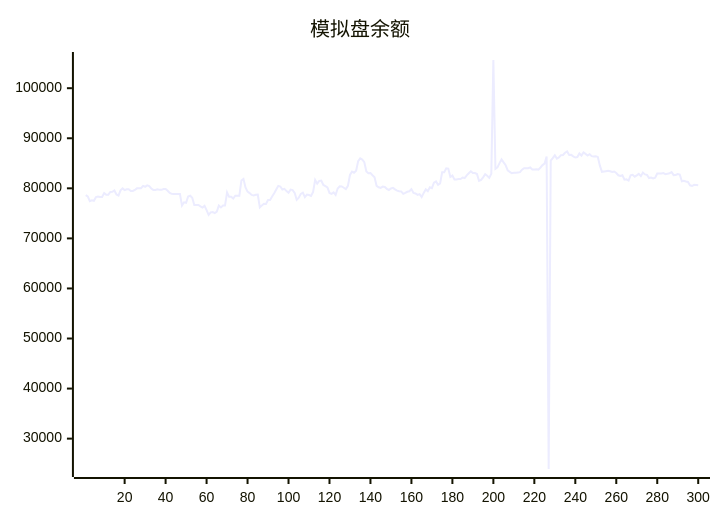
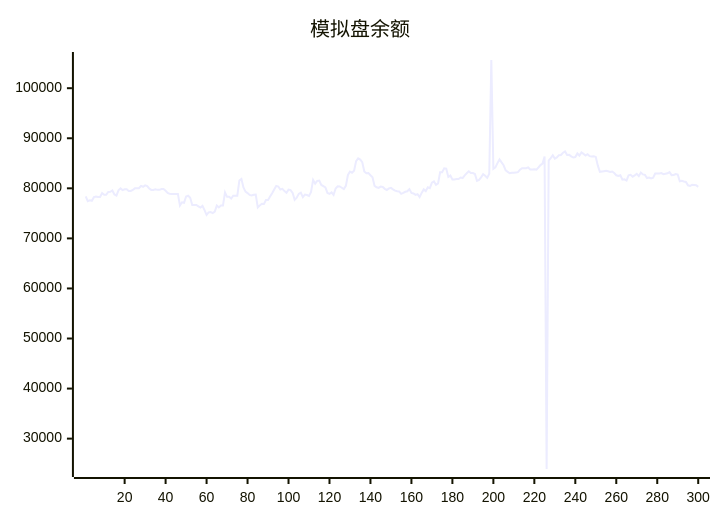
Before and after one commit to aahl/ai-trading: the diagram in README.md, drawn with Mermaid. The commit also changed other lines of this file and 1 other file, not shown here.

````diff
--- a/README.md
+++ b/README.md
@@ -5,5 +5,5 @@
 ```mermaid
 xychart
     title "模拟盘余额"
-    line [78643,78380,77432,77623,77504,78235,78358,78284,78277,79048,78714,78714,79290,79308,79567,78763,78563,79603,79988,79652,79813,79813,79476,79469,79673,79995,80015,80015,80486,80314,80600,80436,79966,79689,79689,79819,79692,79692,79850,79850,79518,79071,78889,78850,78850,78878,78878,76554,77202,77103,78357,78510,78106,76678,76677,76672,76411,76159,76485,75656,74695,75197,75246,75052,75334,76564,76179,76553,76551,79196,78300,78300,77944,78531,78531,78521,81564,81884,80160,79335,79055,78675,78580,78708,78764,76179,76586,76902,76876,77658,77669,78346,79023,79769,80497,80366,79761,79896,79448,79126,79749,79658,79097,77695,78114,78888,79126,78249,78738,78653,78478,79271,81680,80923,81488,81527,80681,80455,80190,79084,78879,79193,78686,79954,80403,80374,80118,79848,80491,82665,83351,83098,83525,85430,85983,85737,85221,83378,83014,83043,82613,82216,80477,80208,80081,80348,80277,79894,79670,79965,80093,79786,79542,79406,79371,78893,79087,79304,79406,79841,79072,78978,78696,78846,78272,79085,79787,79442,80198,80031,81120,81379,80718,80985,83214,83212,83993,83921,82270,82547,81776,81776,81866,81866,82158,82061,82596,83000,83408,83041,83050,82858,81503,81691,82188,82812,82517,82092,82901,105633,83898,84180,85030,85781,85178,84604,83569,83298,83008,83093,83107,83175,83228,83729,84025,84017,84019,84177,83775,83762,83785,83738,84160,84639,84939,86370,23934,85548,86046,86599,85942,86161,86622,86664,87115,87369,86666,86685,86384,86152,86243,86969,86548,87164,86885,86566,86809,86427,86348,86417,86273,84538,83299,83369,83430,83490,83404,83270,83362,83056,82605,82459,82614,81734,81788,81551,82598,82702,82320,82580,82878,82426,83139,82778,82686,82056,82166,81963,82110,82951,82983,82984,83038,82838,82915,82998,83235,82642,82682,82858,82746,81396,81512,81362,81277,80600,80461,80699,80673,80616]
+    line [78380,77432,77623,77504,78235,78358,78284,78277,79048,78714,78714,79290,79308,79567,78763,78563,79603,79988,79652,79813,79813,79476,79469,79673,79995,80015,80015,80486,80314,80600,80436,79966,79689,79689,79819,79692,79692,79850,79850,79518,79071,78889,78850,78850,78878,78878,76554,77202,77103,78357,78510,78106,76678,76677,76672,76411,76159,76485,75656,74695,75197,75246,75052,75334,76564,76179,76553,76551,79196,78300,78300,77944,78531,78531,78521,81564,81884,80160,79335,79055,78675,78580,78708,78764,76179,76586,76902,76876,77658,77669,78346,79023,79769,80497,80366,79761,79896,79448,79126,79749,79658,79097,77695,78114,78888,79126,78249,78738,78653,78478,79271,81680,80923,81488,81527,80681,80455,80190,79084,78879,79193,78686,79954,80403,80374,80118,79848,80491,82665,83351,83098,83525,85430,85983,85737,85221,83378,83014,83043,82613,82216,80477,80208,80081,80348,80277,79894,79670,79965,80093,79786,79542,79406,79371,78893,79087,79304,79406,79841,79072,78978,78696,78846,78272,79085,79787,79442,80198,80031,81120,81379,80718,80985,83214,83212,83993,83921,82270,82547,81776,81776,81866,81866,82158,82061,82596,83000,83408,83041,83050,82858,81503,81691,82188,82812,82517,82092,82901,105633,83898,84180,85030,85781,85178,84604,83569,83298,83008,83093,83107,83175,83228,83729,84025,84017,84019,84177,83775,83762,83785,83738,84160,84639,84939,86370,23934,85548,86046,86599,85942,86161,86622,86664,87115,87369,86666,86685,86384,86152,86243,86969,86548,87164,86885,86566,86809,86427,86348,86417,86273,84538,83299,83369,83430,83490,83404,83270,83362,83056,82605,82459,82614,81734,81788,81551,82598,82702,82320,82580,82878,82426,83139,82778,82686,82056,82166,81963,82110,82951,82983,82984,83038,82838,82915,82998,83235,82642,82682,82858,82746,81396,81512,81362,81277,80600,80461,80699,80673,80616,80288]
 ```
````
